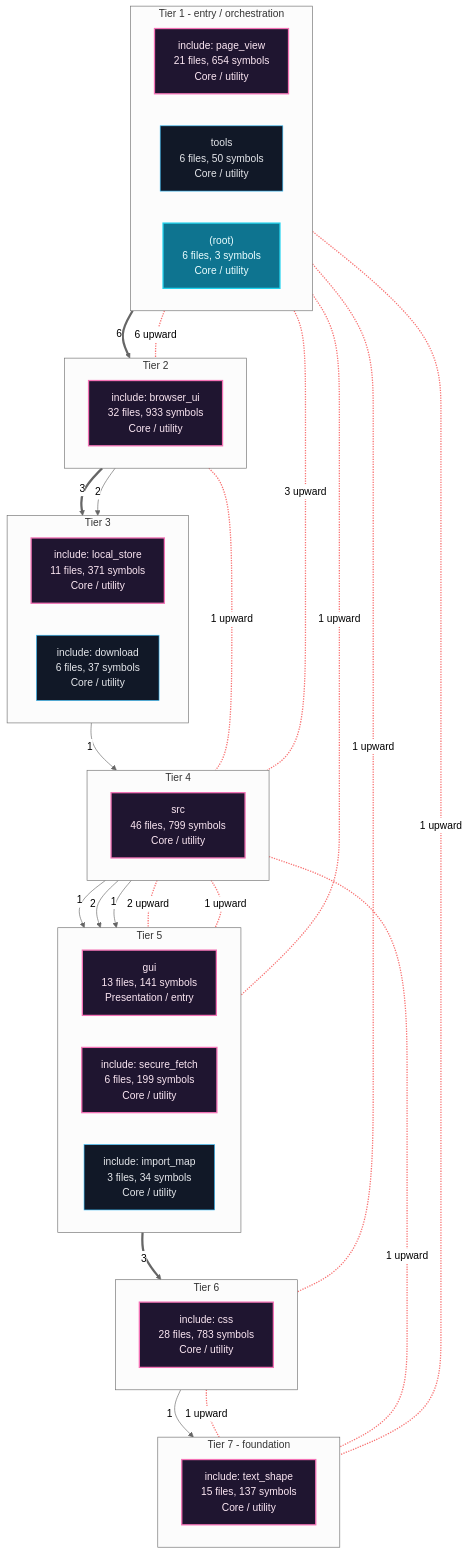
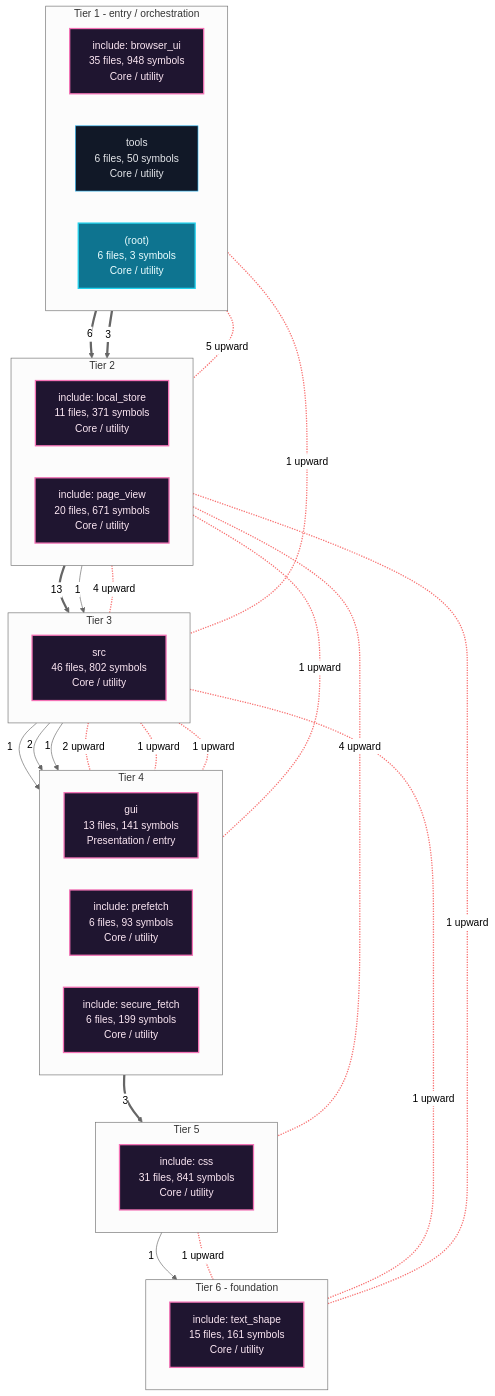
One commit to grisuno/FreeDom changed the first of 7 diagrams in readmenator-apidocs/architecture.md. Above: the diagram before and after it, drawn with Mermaid (neutral theme). The commit also changed other lines of this file and 323 other files, not shown here.

````diff
--- a/readmenator-apidocs/architecture.md
+++ b/readmenator-apidocs/architecture.md
@@ -11,65 +11,61 @@
 ```mermaid
 flowchart TB
     classDef cycle fill:#1f1530,stroke:#f472b6,color:#fce7f3,stroke-width:2px;
     classDef default fill:#111827,stroke:#38bdf8,color:#e5e7eb;
     classDef entry fill:#0e7490,stroke:#22d3ee,color:#ecfeff,stroke-width:2px;
     subgraph lane_0["Tier 1 - entry / orchestration"]
         direction LR
-        n_c3["include: page_view<br/>21 files, 654 symbols<br/>Core / utility"]:::cycle
+        n_c1["include: browser_ui<br/>35 files, 948 symbols<br/>Core / utility"]:::cycle
         n_d_tools["tools<br/>6 files, 50 symbols<br/>Core / utility"]:::default
         n_d__root_["(root)<br/>6 files, 3 symbols<br/>Core / utility"]:::entry
     end
     subgraph lane_1["Tier 2"]
         direction LR
-        n_c1["include: browser_ui<br/>32 files, 933 symbols<br/>Core / utility"]:::cycle
+        n_c5["include: local_store<br/>11 files, 371 symbols<br/>Core / utility"]:::cycle
+        n_c3["include: page_view<br/>20 files, 671 symbols<br/>Core / utility"]:::cycle
     end
     subgraph lane_2["Tier 3"]
         direction LR
-        n_c5["include: local_store<br/>11 files, 371 symbols<br/>Core / utility"]:::cycle
-        n_c8["include: download<br/>6 files, 37 symbols<br/>Core / utility"]:::default
+        n_c0["src<br/>46 files, 802 symbols<br/>Core / utility"]:::cycle
     end
     subgraph lane_3["Tier 4"]
         direction LR
-        n_c0["src<br/>46 files, 799 symbols<br/>Core / utility"]:::cycle
+        n_c6["gui<br/>13 files, 141 symbols<br/>Presentation / entry"]:::cycle
+        n_c8["include: prefetch<br/>6 files, 93 symbols<br/>Core / utility"]:::cycle
+        n_c7["include: secure_fetch<br/>6 files, 199 symbols<br/>Core / utility"]:::cycle
     end
     subgraph lane_4["Tier 5"]
         direction LR
-        n_c6["gui<br/>13 files, 141 symbols<br/>Presentation / entry"]:::cycle
-        n_c7["include: secure_fetch<br/>6 files, 199 symbols<br/>Core / utility"]:::cycle
-        n_c9["include: import_map<br/>3 files, 34 symbols<br/>Core / utility"]:::default
+        n_c2["include: css<br/>31 files, 841 symbols<br/>Core / utility"]:::cycle
     end
-    subgraph lane_5["Tier 6"]
+    subgraph lane_5["Tier 6 - foundation"]
         direction LR
-        n_c2["include: css<br/>28 files, 783 symbols<br/>Core / utility"]:::cycle
-    end
-    subgraph lane_6["Tier 7 - foundation"]
-        direction LR
-        n_c4["include: text_shape<br/>15 files, 137 symbols<br/>Core / utility"]:::cycle
+        n_c4["include: text_shape<br/>15 files, 161 symbols<br/>Core / utility"]:::cycle
     end
     n_c0 -->|"1"| n_c6
     n_c0 -->|"2"| n_c7
-    n_c0 -->|"1"| n_c9
+    n_c0 -->|"1"| n_c8
+    n_c1 ==>|"6"| n_c3
     n_c1 ==>|"3"| n_c5
-    n_c1 -->|"2"| n_c8
     n_c2 -->|"1"| n_c4
-    n_c3 ==>|"6"| n_c1
+    n_c3 ==>|"13"| n_c0
     n_c5 -->|"1"| n_c0
     n_c6 ==>|"3"| n_c2
     n_c1 <-.-|"1 upward"| n_c0
-    n_c3 <-.-|"3 upward"| n_c0
-    n_c3 <-.-|"6 upward"| n_c1
-    n_c3 <-.-|"1 upward"| n_c2
+    n_c3 <-.-|"4 upward"| n_c0
+    n_c3 <-.-|"4 upward"| n_c2
+    n_c1 <-.-|"5 upward"| n_c3
     n_c0 <-.-|"1 upward"| n_c4
     n_c2 <-.-|"1 upward"| n_c4
     n_c3 <-.-|"1 upward"| n_c4
     n_c0 <-.-|"2 upward"| n_c6
     n_c3 <-.-|"1 upward"| n_c6
     n_c0 <-.-|"1 upward"| n_c7
-    linkStyle 9,10,11,12,13,14,15,16,17,18 stroke:#f87171,stroke-width:2px;
-    n_c3 ~~~ n_c1
+    n_c0 <-.-|"1 upward"| n_c8
+    linkStyle 9,10,11,12,13,14,15,16,17,18,19 stroke:#f87171,stroke-width:2px;
     n_c1 ~~~ n_c5
     n_c5 ~~~ n_c0
     n_c0 ~~~ n_c6
     n_c6 ~~~ n_c2
     n_c2 ~~~ n_c4
 ```
````
